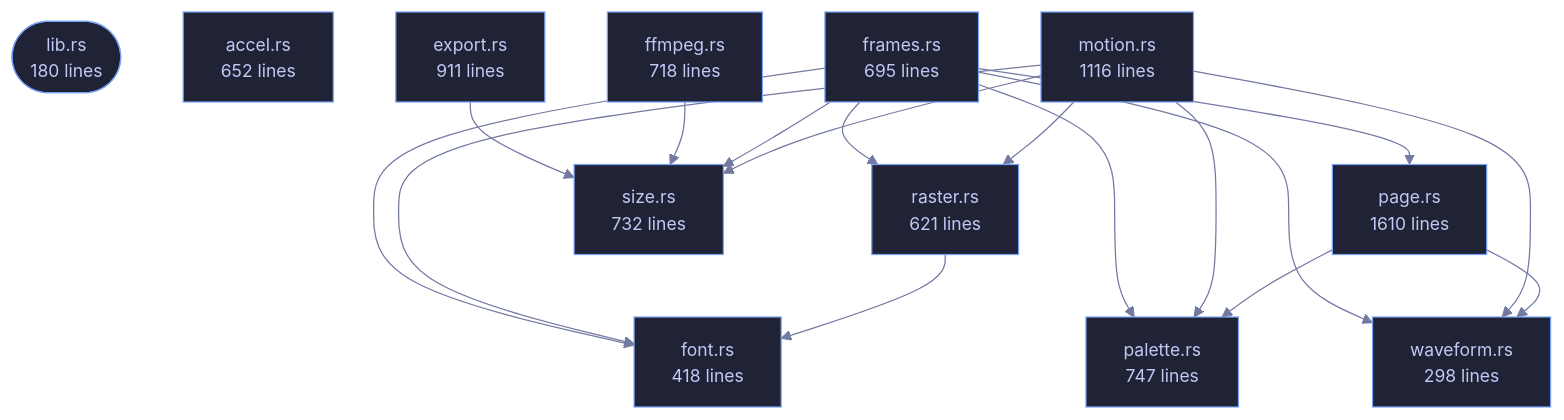
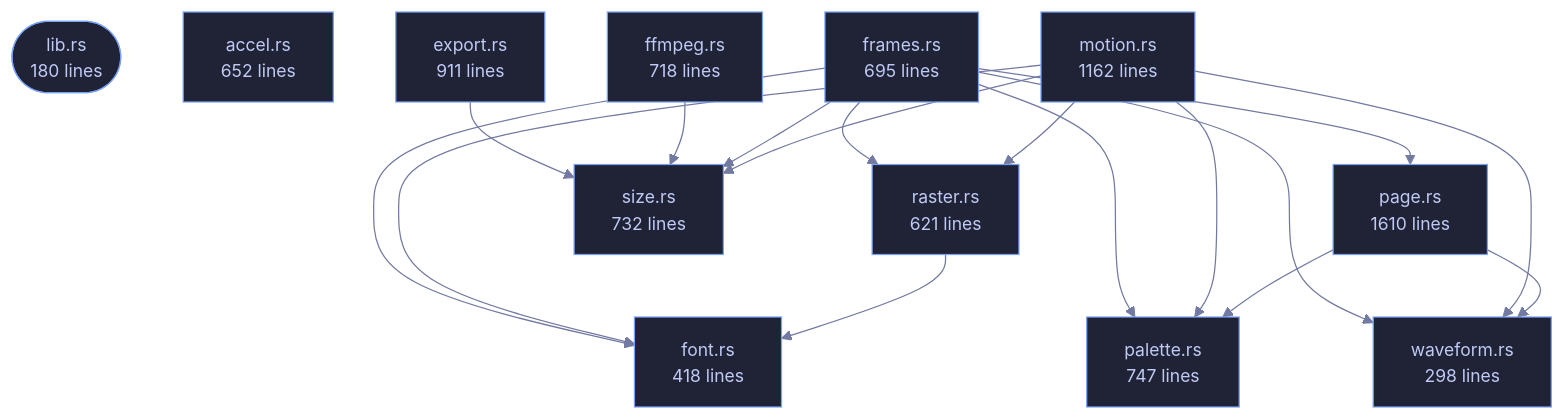
One commit to tilas01/veilvoice changed the diagram in crates/veilvoice-video/README.md. Above: the diagram before and after it, drawn with Mermaid. The commit also changed other lines of this file and 61 other files, not shown here.

````diff
--- a/crates/veilvoice-video/README.md
+++ b/crates/veilvoice-video/README.md
@@ -101,44 +101,44 @@
 ```mermaid
 %%{init: {"theme":"base","themeVariables":{"background":"#1a1b26","primaryColor":"#1f2335","primaryTextColor":"#c0caf5","primaryBorderColor":"#7aa2f7","secondaryColor":"#16161e","tertiaryColor":"#16161e","lineColor":"#737aa2","textColor":"#c0caf5","mainBkg":"#1f2335","nodeBorder":"#7aa2f7","clusterBkg":"#16161e","clusterBorder":"#2f3549","fontFamily":"ui-monospace, SFMono-Regular, Consolas, monospace","fontSize":"14px"}}}%%
 flowchart TD
     n_lib(["lib.rs<br/>180 lines"])
     n_accel["accel.rs<br/>652 lines"]
     n_export["export.rs<br/>911 lines"]
     n_ffmpeg["ffmpeg.rs<br/>718 lines"]
     n_font["font.rs<br/>418 lines"]
     n_frames["frames.rs<br/>695 lines"]
-    n_motion["motion.rs<br/>1116 lines"]
+    n_motion["motion.rs<br/>1162 lines"]
     n_page["page.rs<br/>1610 lines"]
     n_palette["palette.rs<br/>747 lines"]
     n_raster["raster.rs<br/>621 lines"]
     n_size["size.rs<br/>732 lines"]
     n_waveform["waveform.rs<br/>298 lines"]
     n_export --> n_size
     n_ffmpeg --> n_size
     n_frames --> n_font
     n_frames --> n_page
     n_frames --> n_palette
     n_frames --> n_raster
     n_frames --> n_size
     n_frames --> n_waveform
     n_motion --> n_font
     n_motion --> n_palette
     n_motion --> n_raster
     n_motion --> n_size
     n_motion --> n_waveform
     n_page --> n_palette
     n_page --> n_waveform
     n_raster --> n_font
     click n_lib href "https://github.com/tilas01/veilvoice/blob/main/crates/veilvoice-video/src/lib.rs" "open the source"
     click n_accel href "https://github.com/tilas01/veilvoice/blob/main/crates/veilvoice-video/src/accel.rs" "open the source"
     click n_export href "https://github.com/tilas01/veilvoice/blob/main/crates/veilvoice-video/src/export.rs" "open the source"
     click n_ffmpeg href "https://github.com/tilas01/veilvoice/blob/main/crates/veilvoice-video/src/ffmpeg.rs" "open the source"
     click n_font href "https://github.com/tilas01/veilvoice/blob/main/crates/veilvoice-video/src/font.rs" "open the source"
     click n_frames href "https://github.com/tilas01/veilvoice/blob/main/crates/veilvoice-video/src/frames.rs" "open the source"
     click n_motion href "https://github.com/tilas01/veilvoice/blob/main/crates/veilvoice-video/src/motion.rs" "open the source"
     click n_page href "https://github.com/tilas01/veilvoice/blob/main/crates/veilvoice-video/src/page.rs" "open the source"
     click n_palette href "https://github.com/tilas01/veilvoice/blob/main/crates/veilvoice-video/src/palette.rs" "open the source"
     click n_raster href "https://github.com/tilas01/veilvoice/blob/main/crates/veilvoice-video/src/raster.rs" "open the source"
     click n_size href "https://github.com/tilas01/veilvoice/blob/main/crates/veilvoice-video/src/size.rs" "open the source"
     click n_waveform href "https://github.com/tilas01/veilvoice/blob/main/crates/veilvoice-video/src/waveform.rs" "open the source"
 ```
````
